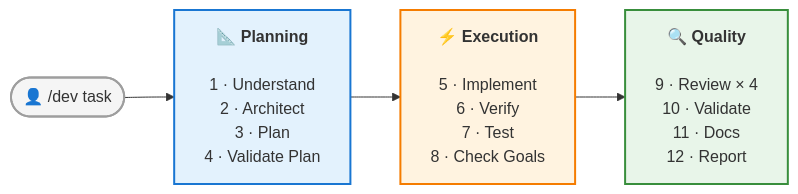
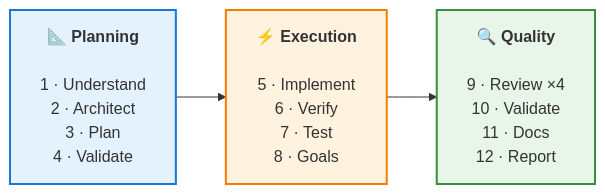
One commit to RaNDoM6913/claude-code-superkit changed the diagram in README.md. Above: the diagram before and after it, drawn with Mermaid.

Commit message:
🎨 fix: remove entry node to prevent right-side text cutoff
Entry node added ~150px width causing "12 · Report" to overflow.
Removed it and shortened labels (Validate Plan → Validate, Check Goals → Goals).

````diff
--- a/README.md
+++ b/README.md
@@ -90,13 +90,12 @@
 ```mermaid
 graph LR
-    U(["👤 /dev task"]) --> P --> E --> Q
+    P -->|" "| E -->|" "| Q
 
-    P["📐 <b>Planning</b><br/><br/>1 · Understand<br/>2 · Architect<br/>3 · Plan<br/>4 · Validate Plan"]
-    E["⚡ <b>Execution</b><br/><br/>5 · Implement<br/>6 · Verify<br/>7 · Test<br/>8 · Check Goals"]
-    Q["🔍 <b>Quality</b><br/><br/>9 · Review × 4<br/>10 · Validate<br/>11 · Docs<br/>12 · Report"]
+    P["📐 <b>Planning</b><br/><br/>1 · Understand<br/>2 · Architect<br/>3 · Plan<br/>4 · Validate"]
+    E["⚡ <b>Execution</b><br/><br/>5 · Implement<br/>6 · Verify<br/>7 · Test<br/>8 · Goals"]
+    Q["🔍 <b>Quality</b><br/><br/>9 · Review ×4<br/>10 · Validate<br/>11 · Docs<br/>12 · Report"]
 
-    style U fill:#f5f5f5,stroke:#9E9E9E,stroke-width:2px,color:#333
     style P fill:#e3f2fd,stroke:#1976D2,stroke-width:2px,color:#333
     style E fill:#fff3e0,stroke:#F57C00,stroke-width:2px,color:#333
     style Q fill:#e8f5e9,stroke:#388E3C,stroke-width:2px,color:#333
 ```
````
